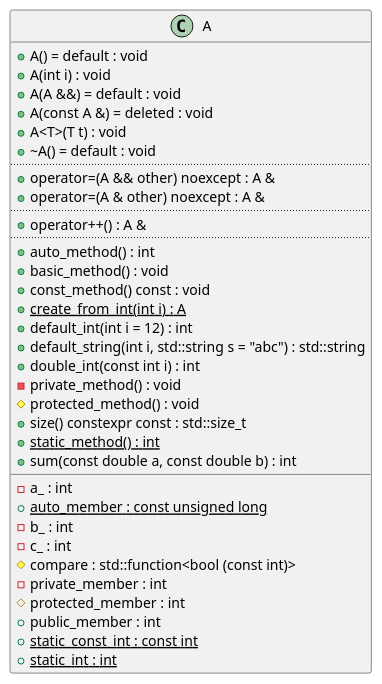
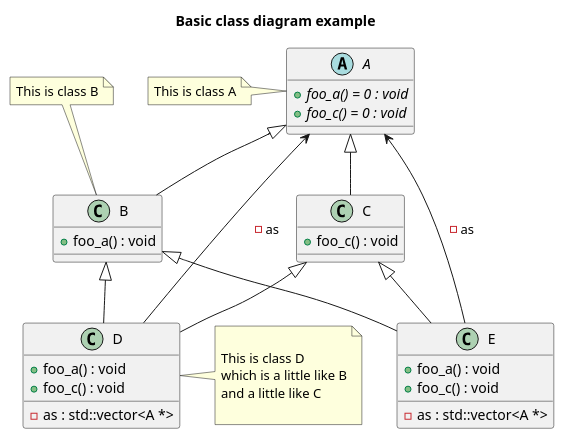
The diagram in docs/generator_types.md (bkryza/clang-uml), drawn with PlantUML before and after one commit. The commit also changed other lines of this file and 4 other files, not shown here.

Commit message:
Updated docs with GraphML section (#348)

````diff
--- a/docs/generator_types.md
+++ b/docs/generator_types.md
@@ -70,45 +73,59 @@
 ```plantuml
 @startuml
-class "A" as C_0001371951663534295727
-class C_0001371951663534295727 [[https://github.com/bkryza/clang-uml/blob/59d6fd5c7f14e028d1817274d80da29c338c2b53/tests/t00003/t00003.cc#L7{A}]] {
-+A() = default : void [[[https://github.com/bkryza/clang-uml/blob/59d6fd5c7f14e028d1817274d80da29c338c2b53/tests/t00003/t00003.cc#L9{A}]]]
-+A(int i) : void [[[https://github.com/bkryza/clang-uml/blob/59d6fd5c7f14e028d1817274d80da29c338c2b53/tests/t00003/t00003.cc#L10{A}]]]
-+A(A &&) = default : void [[[https://github.com/bkryza/clang-uml/blob/59d6fd5c7f14e028d1817274d80da29c338c2b53/tests/t00003/t00003.cc#L21{A}]]]
-+A(const A &) = deleted : void [[[https://github.com/bkryza/clang-uml/blob/59d6fd5c7f14e028d1817274d80da29c338c2b53/tests/t00003/t00003.cc#L22{A}]]]
-+A<T>(T t) : void
-+~A() = default : void [[[https://github.com/bkryza/clang-uml/blob/59d6fd5c7f14e028d1817274d80da29c338c2b53/tests/t00003/t00003.cc#L23{~A}]]]
-..
-+operator=(A && other) noexcept : A & [[[https://github.com/bkryza/clang-uml/blob/59d6fd5c7f14e028d1817274d80da29c338c2b53/tests/t00003/t00003.cc#L36{operator=}]]]
-+operator=(A & other) noexcept : A & [[[https://github.com/bkryza/clang-uml/blob/59d6fd5c7f14e028d1817274d80da29c338c2b53/tests/t00003/t00003.cc#L37{operator=}]]]
-..
-+operator++() : A & [[[https://github.com/bkryza/clang-uml/blob/59d6fd5c7f14e028d1817274d80da29c338c2b53/tests/t00003/t00003.cc#L30{operator++}]]]
-..
-+auto_method() : int [[[https://github.com/bkryza/clang-uml/blob/59d6fd5c7f14e028d1817274d80da29c338c2b53/tests/t00003/t00003.cc#L28{auto_method}]]]
-+basic_method() : void [[[https://github.com/bkryza/clang-uml/blob/59d6fd5c7f14e028d1817274d80da29c338c2b53/tests/t00003/t00003.cc#L25{basic_method}]]]
-+const_method() const : void [[[https://github.com/bkryza/clang-uml/blob/59d6fd5c7f14e028d1817274d80da29c338c2b53/tests/t00003/t00003.cc#L27{const_method}]]]
-{static} +create_from_int(int i) : A [[[https://github.com/bkryza/clang-uml/blob/59d6fd5c7f14e028d1817274d80da29c338c2b53/tests/t00003/t00003.cc#L50{create_from_int}]]]
-+default_int(int i = 12) : int [[[https://github.com/bkryza/clang-uml/blob/59d6fd5c7f14e028d1817274d80da29c338c2b53/tests/t00003/t00003.cc#L44{default_int}]]]
-+default_string(int i, std::string s = "abc") : std::string [[[https://github.com/bkryza/clang-uml/blob/59d6fd5c7f14e028d1817274d80da29c338c2b53/tests/t00003/t00003.cc#L45{default_string}]]]
-+double_int(const int i) : int [[[https://github.com/bkryza/clang-uml/blob/59d6fd5c7f14e028d1817274d80da29c338c2b53/tests/t00003/t00003.cc#L41{double_int}]]]
--private_method() : void [[[https://github.com/bkryza/clang-uml/blob/59d6fd5c7f14e028d1817274d80da29c338c2b53/tests/t00003/t00003.cc#L67{private_method}]]]
-#protected_method() : void [[[https://github.com/bkryza/clang-uml/blob/59d6fd5c7f14e028d1817274d80da29c338c2b53/tests/t00003/t00003.cc#L58{protected_method}]]]
-+size() constexpr const : std::size_t [[[https://github.com/bkryza/clang-uml/blob/59d6fd5c7f14e028d1817274d80da29c338c2b53/tests/t00003/t00003.cc#L39{size}]]]
-{static} +static_method() : int [[[https://github.com/bkryza/clang-uml/blob/59d6fd5c7f14e028d1817274d80da29c338c2b53/tests/t00003/t00003.cc#L26{static_method}]]]
-+sum(const double a, const double b) : int [[[https://github.com/bkryza/clang-uml/blob/59d6fd5c7f14e028d1817274d80da29c338c2b53/tests/t00003/t00003.cc#L42{sum}]]]
+title Basic class diagram example
+abstract "A" as C_0007901073918843258388
+abstract C_0007901073918843258388 [[https://github.com/bkryza/clang-uml/blob/64b763d4624802c70ee9bb87af5f5444340d46ef/tests/t00002/t00002.cc#L7{This is class A}]] {
+{abstract} +foo_a() = 0 : void [[[https://github.com/bkryza/clang-uml/blob/64b763d4624802c70ee9bb87af5f5444340d46ef/tests/t00002/t00002.cc#L10{foo_a}]]]
+{abstract} +foo_c() = 0 : void [[[https://github.com/bkryza/clang-uml/blob/64b763d4624802c70ee9bb87af5f5444340d46ef/tests/t00002/t00002.cc#L12{foo_c}]]]
 __
--a_ : int [[[https://github.com/bkryza/clang-uml/blob/59d6fd5c7f14e028d1817274d80da29c338c2b53/tests/t00003/t00003.cc#L70{a_}]]]
-{static} +auto_member : const unsigned long [[[https://github.com/bkryza/clang-uml/blob/59d6fd5c7f14e028d1817274d80da29c338c2b53/tests/t00003/t00003.cc#L55{auto_member}]]]
--b_ : int [[[https://github.com/bkryza/clang-uml/blob/59d6fd5c7f14e028d1817274d80da29c338c2b53/tests/t00003/t00003.cc#L70{b_}]]]
--c_ : int [[[https://github.com/bkryza/clang-uml/blob/59d6fd5c7f14e028d1817274d80da29c338c2b53/tests/t00003/t00003.cc#L70{c_}]]]
-#compare : std::function<bool (const int)> [[[https://github.com/bkryza/clang-uml/blob/59d6fd5c7f14e028d1817274d80da29c338c2b53/tests/t00003/t00003.cc#L62{compare}]]]
--private_member : int [[[https://github.com/bkryza/clang-uml/blob/59d6fd5c7f14e028d1817274d80da29c338c2b53/tests/t00003/t00003.cc#L69{private_member}]]]
-#protected_member : int [[[https://github.com/bkryza/clang-uml/blob/59d6fd5c7f14e028d1817274d80da29c338c2b53/tests/t00003/t00003.cc#L60{protected_member}]]]
-+public_member : int [[[https://github.com/bkryza/clang-uml/blob/59d6fd5c7f14e028d1817274d80da29c338c2b53/tests/t00003/t00003.cc#L52{public_member}]]]
-{static} +static_const_int : const int [[[https://github.com/bkryza/clang-uml/blob/59d6fd5c7f14e028d1817274d80da29c338c2b53/tests/t00003/t00003.cc#L54{static_const_int}]]]
-{static} +static_int : int [[[https://github.com/bkryza/clang-uml/blob/59d6fd5c7f14e028d1817274d80da29c338c2b53/tests/t00003/t00003.cc#L53{static_int}]]]
 }
+class "B" as C_0004753875669499007606
+class C_0004753875669499007606 [[https://github.com/bkryza/clang-uml/blob/64b763d4624802c70ee9bb87af5f5444340d46ef/tests/t00002/t00002.cc#L16{This is class B}]] {
++foo_a() : void [[[https://github.com/bkryza/clang-uml/blob/64b763d4624802c70ee9bb87af5f5444340d46ef/tests/t00002/t00002.cc#L18{foo_a}]]]
+__
+}
+class "C" as C_0009139995436788700062
+class C_0009139995436788700062 [[https://github.com/bkryza/clang-uml/blob/64b763d4624802c70ee9bb87af5f5444340d46ef/tests/t00002/t00002.cc#L27{This is class C - class C has a long comment}]] {
++foo_c() : void [[[https://github.com/bkryza/clang-uml/blob/64b763d4624802c70ee9bb87af5f5444340d46ef/tests/t00002/t00002.cc#L30{foo_c}]]]
+__
+}
+class "D" as C_0000487603959843317797
+class C_0000487603959843317797 [[https://github.com/bkryza/clang-uml/blob/64b763d4624802c70ee9bb87af5f5444340d46ef/tests/t00002/t00002.cc#L36{D}]] {
++foo_a() : void [[[https://github.com/bkryza/clang-uml/blob/64b763d4624802c70ee9bb87af5f5444340d46ef/tests/t00002/t00002.cc#L41{foo_a}]]]
++foo_c() : void [[[https://github.com/bkryza/clang-uml/blob/64b763d4624802c70ee9bb87af5f5444340d46ef/tests/t00002/t00002.cc#L50{foo_c}]]]
+__
+-as : std::vector<A *> [[[https://github.com/bkryza/clang-uml/blob/64b763d4624802c70ee9bb87af5f5444340d46ef/tests/t00002/t00002.cc#L58{as}]]]
+}
+class "E" as C_0017903093362471729766
+class C_0017903093362471729766 [[https://github.com/bkryza/clang-uml/blob/64b763d4624802c70ee9bb87af5f5444340d46ef/tests/t00002/t00002.cc#L61{E}]] {
++foo_a() : void [[[https://github.com/bkryza/clang-uml/blob/64b763d4624802c70ee9bb87af5f5444340d46ef/tests/t00002/t00002.cc#L66{foo_a}]]]
++foo_c() : void [[[https://github.com/bkryza/clang-uml/blob/64b763d4624802c70ee9bb87af5f5444340d46ef/tests/t00002/t00002.cc#L75{foo_c}]]]
+__
+-as : std::vector<A *> [[[https://github.com/bkryza/clang-uml/blob/64b763d4624802c70ee9bb87af5f5444340d46ef/tests/t00002/t00002.cc#L83{as}]]]
+}
+C_0007901073918843258388 <|-- C_0004753875669499007606
 
-'Generated with clang-uml, version 0.3.8
-'LLVM version Ubuntu clang version 15.0.6
+C_0007901073918843258388 <|-- C_0009139995436788700062
+
+C_0000487603959843317797 --> C_0007901073918843258388 : -as
+C_0004753875669499007606 <|-- C_0000487603959843317797
+
+C_0009139995436788700062 <|-- C_0000487603959843317797
+
+C_0017903093362471729766 --> C_0007901073918843258388 : -as
+C_0004753875669499007606 <|-- C_0017903093362471729766
+
+C_0009139995436788700062 <|-- C_0017903093362471729766
+
+ note left of C_0007901073918843258388 : This is class A
+ note top of C_0004753875669499007606 : This is class B
+note right of C_0000487603959843317797
+    
+ This is class D
+ which is a little like B
+ and a little like C
+
+end note
+
 @enduml
 ```
````
